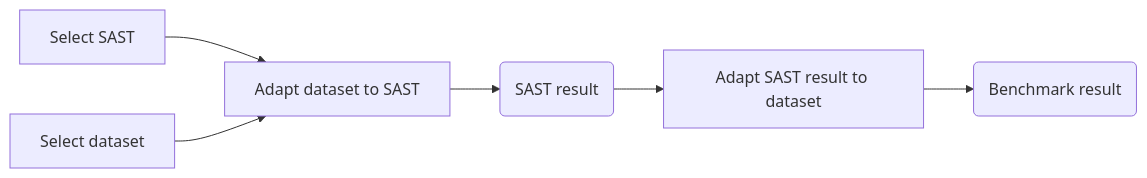
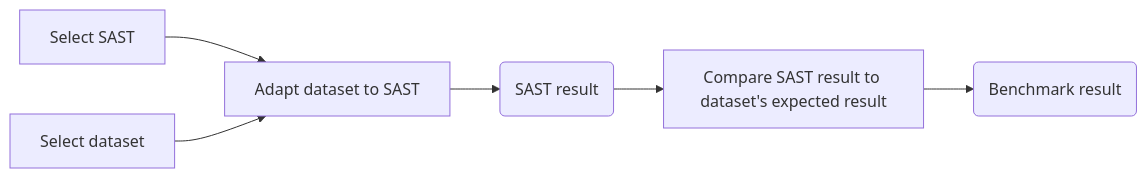
The diagram in README.md (OPPIDA/CodeSecTools), drawn with Mermaid before and after one commit. The commit also changed other lines of this file and 9 other files, not shown here.

Commit message:
Add Coverity analysis result on SemgrepTest dataset

````diff
--- a/README.md
+++ b/README.md
@@ -13,12 +14,12 @@
 ```mermaid
 graph LR
     A[Select SAST]
     B[Select dataset]
     C[Adapt dataset to SAST]
     D(SAST result)
-    E[Adapt SAST result to dataset]
+    E[Compare SAST result to dataset's expected result]
     F(Benchmark result)
     A --> C
     B --> C
     C --> D --> E --> F
 ```
````
